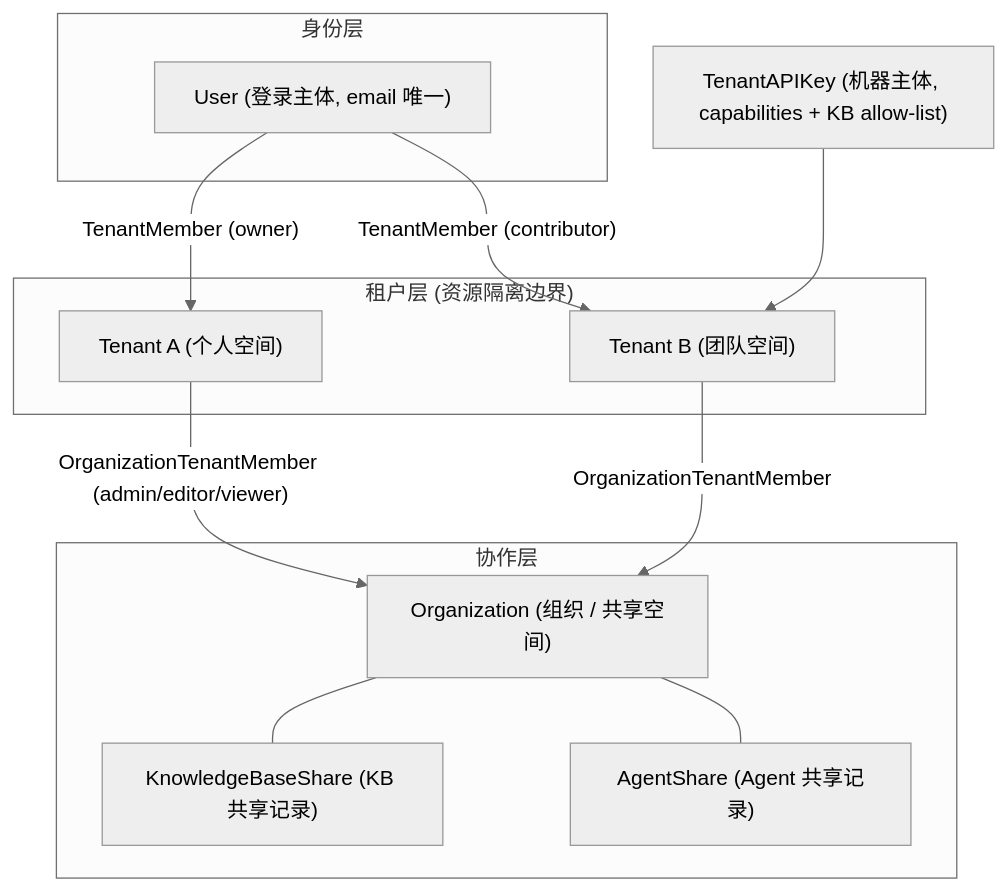
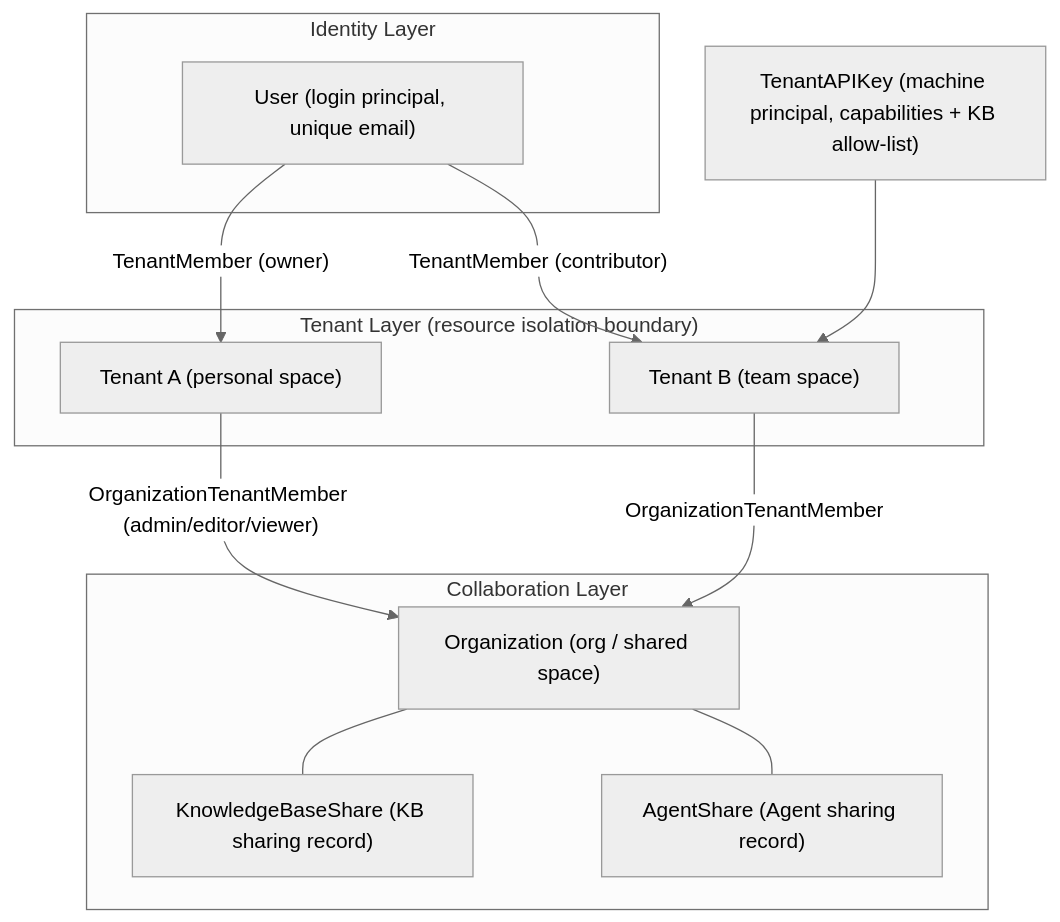
One commit to quantmind-br/WeKnora changed the first of 3 diagrams in website-docs/03-features/01-tenant-auth.md. Above: the diagram before and after it, drawn with Mermaid (neutral theme). The commit also changed other lines of this file and 27 other files, not shown here.

First line of the commit message:
i18n: translate remaining docs diagrams, anchors, code samples and API examples

````diff
--- a/website-docs/03-features/01-tenant-auth.md
+++ b/website-docs/03-features/01-tenant-auth.md
@@ -26,22 +26,22 @@
 ```mermaid
 graph TB
-    subgraph identity["身份层"]
-        U["User (登录主体, email 唯一)"]
+    subgraph identity["Identity Layer"]
+        U["User (login principal, unique email)"]
     end
-    subgraph tenants["租户层 (资源隔离边界)"]
-        T1["Tenant A (个人空间)"]
-        T2["Tenant B (团队空间)"]
+    subgraph tenants["Tenant Layer (resource isolation boundary)"]
+        T1["Tenant A (personal space)"]
+        T2["Tenant B (team space)"]
     end
-    subgraph org["协作层"]
-        O["Organization (组织 / 共享空间)"]
-        KBS["KnowledgeBaseShare (KB 共享记录)"]
-        AGS["AgentShare (Agent 共享记录)"]
+    subgraph org["Collaboration Layer"]
+        O["Organization (org / shared space)"]
+        KBS["KnowledgeBaseShare (KB sharing record)"]
+        AGS["AgentShare (Agent sharing record)"]
     end
     U -- "TenantMember (owner)" --> T1
     U -- "TenantMember (contributor)" --> T2
     T1 -- "OrganizationTenantMember (admin/editor/viewer)" --> O
     T2 -- "OrganizationTenantMember" --> O
     O --- KBS
     O --- AGS
-    K["TenantAPIKey (机器主体, capabilities + KB allow-list)"] --> T2
+    K["TenantAPIKey (machine principal, capabilities + KB allow-list)"] --> T2
 ```
````
